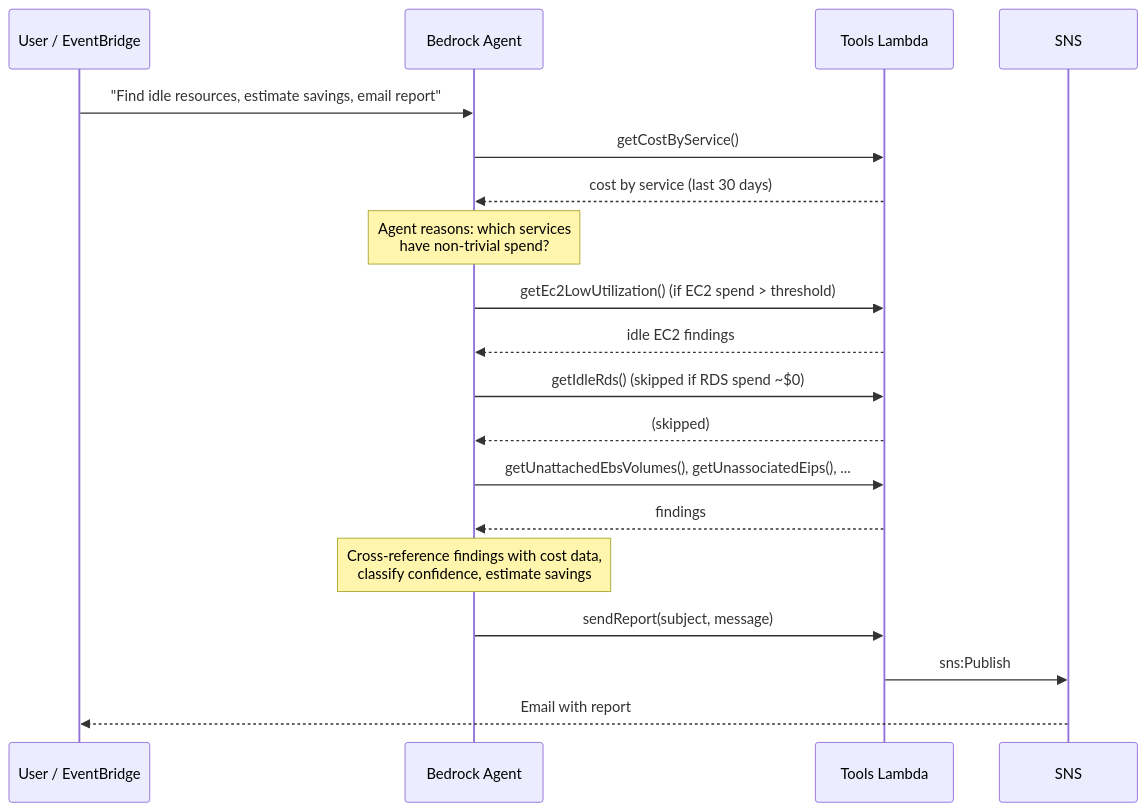
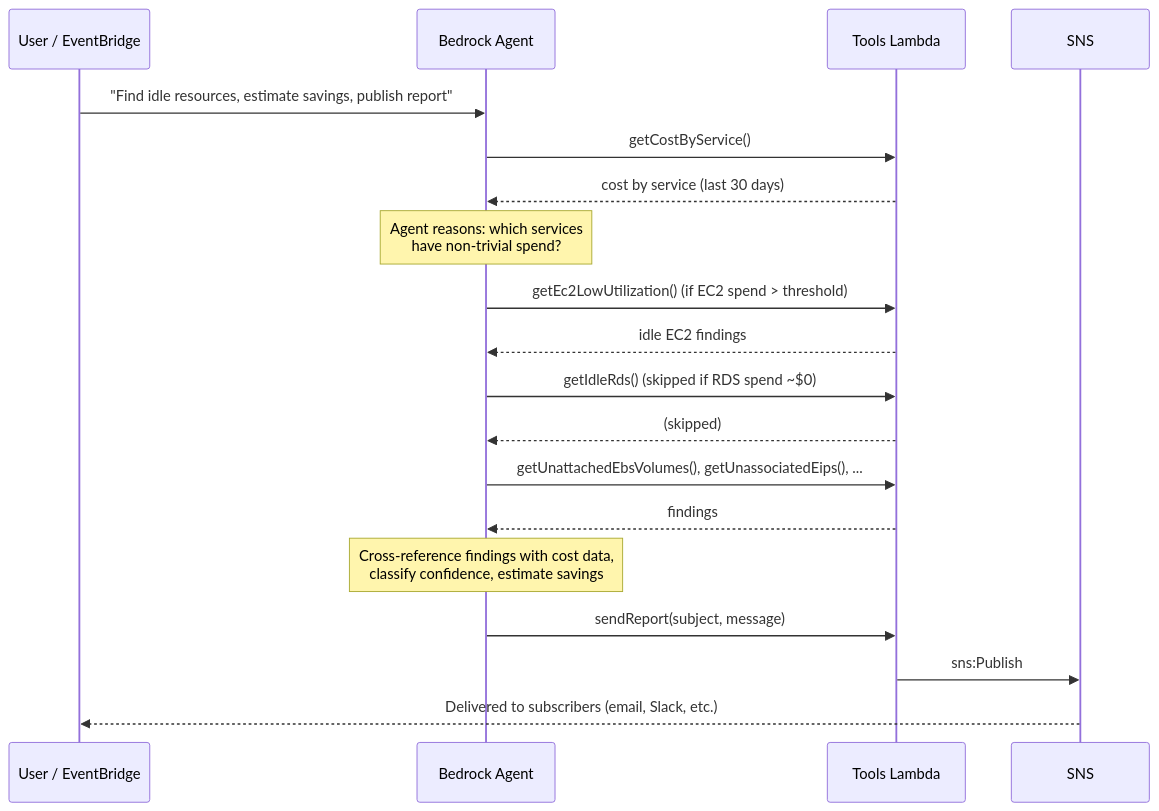
The second of 2 diagrams in README.md (vd-2026/aws-idle-resource-agent), drawn with Mermaid before and after one commit. The commit also changed other lines of this file and 3 other files, not shown here.

````diff
--- a/README.md
+++ b/README.md
@@ -95,22 +96,22 @@
 ```mermaid
 sequenceDiagram
     participant U as User / EventBridge
     participant A as Bedrock Agent
     participant L as Tools Lambda
     participant S as SNS
 
-    U->>A: "Find idle resources, estimate savings, email report"
+    U->>A: "Find idle resources, estimate savings, publish report"
     A->>L: getCostByService()
     L-->>A: cost by service (last 30 days)
     Note over A: Agent reasons: which services<br/>have non-trivial spend?
     A->>L: getEc2LowUtilization() (if EC2 spend > threshold)
     L-->>A: idle EC2 findings
     A->>L: getIdleRds() (skipped if RDS spend ~$0)
     L-->>A: (skipped)
     A->>L: getUnattachedEbsVolumes(), getUnassociatedEips(), ...
     L-->>A: findings
     Note over A: Cross-reference findings with cost data,<br/>classify confidence, estimate savings
     A->>L: sendReport(subject, message)
     L->>S: sns:Publish
-    S-->>U: Email with report
+    S-->>U: Delivered to subscribers (email, Slack, etc.)
 ```
````
